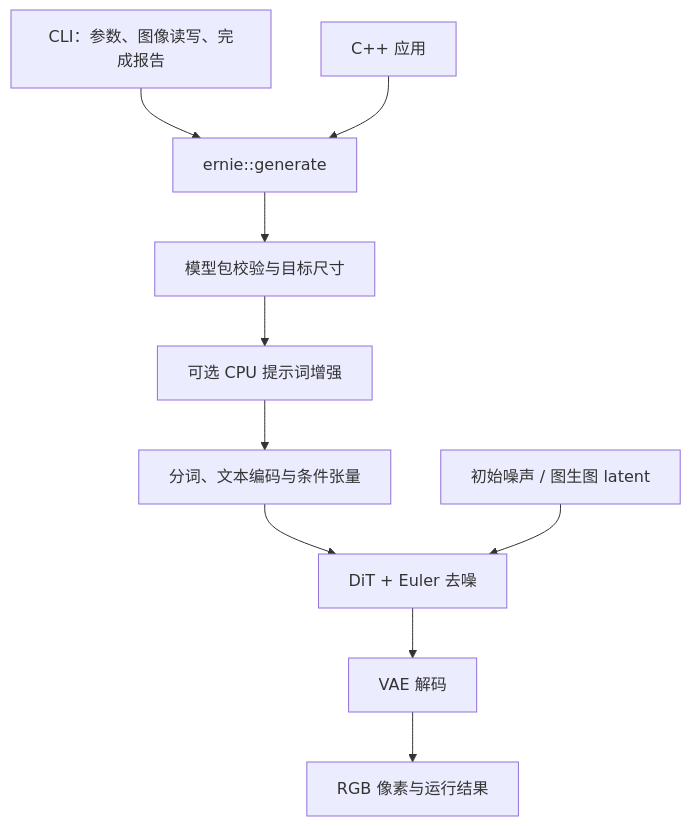
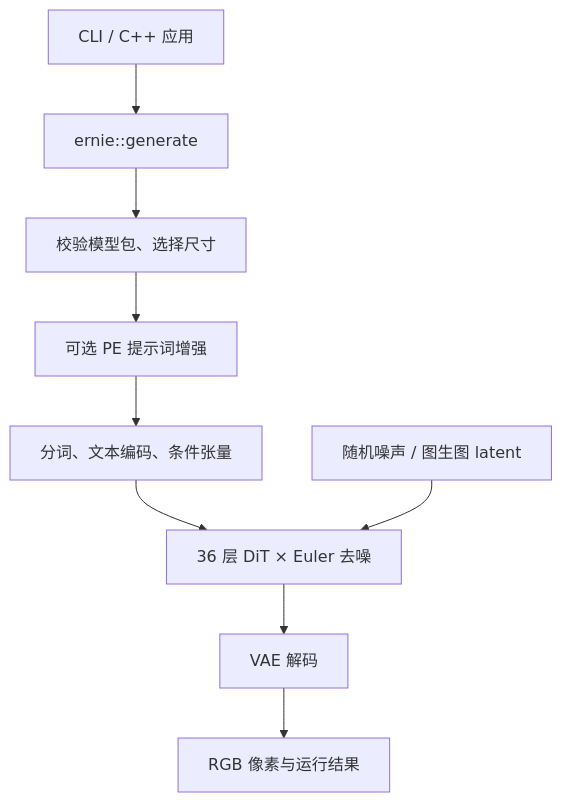
Before and after one commit to mingshi2333/ernie-image-ncnn-vulkan: the diagram in README.md, drawn with Mermaid. The commit also changed other lines of this file and 11 other files, not shown here.

````diff
--- a/README.md
+++ b/README.md
@@ -215,12 +151,11 @@
 ```mermaid
 flowchart TD
-    CLI["CLI：参数、图像读写、完成报告"] --> API["ernie::generate"]
-    APP["C++ 应用"] --> API
-    API --> PACKAGE["模型包校验与目标尺寸"]
-    PACKAGE --> PE["可选 CPU 提示词增强"]
-    PE --> TEXT["分词、文本编码与条件张量"]
-    TEXT --> DIT["DiT + Euler 去噪"]
-    INPUT["初始噪声 / 图生图 latent"] --> DIT
+    CLI["CLI / C++ 应用"] --> API["ernie::generate"]
+    API --> PACKAGE["校验模型包、选择尺寸"]
+    PACKAGE --> PE["可选 PE 提示词增强"]
+    PE --> TEXT["分词、文本编码、条件张量"]
+    TEXT --> DIT["36 层 DiT × Euler 去噪"]
+    INPUT["随机噪声 / 图生图 latent"] --> DIT
     DIT --> VAE["VAE 解码"]
     VAE --> RGB["RGB 像素与运行结果"]
 ```
````
